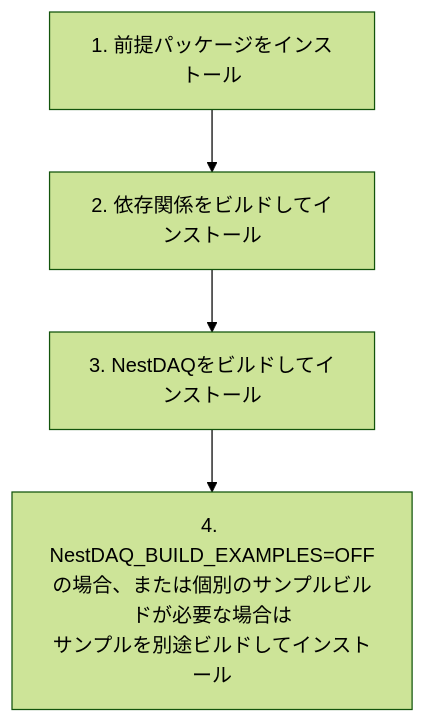
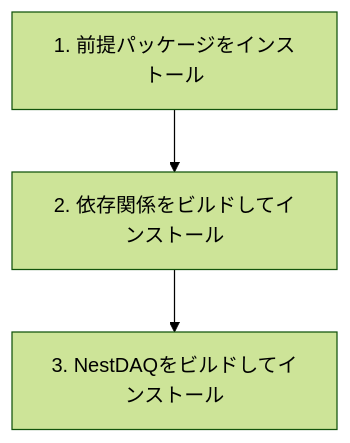
The diagram in INSTALL.ja.md (tntakahashi/nestdaq), drawn with Mermaid (forest theme) before and after one commit. The commit also changed other lines of this file and 1 other file, not shown here.

Commit message:
docs: consolidate example build instructions

````diff
--- a/INSTALL.ja.md
+++ b/INSTALL.ja.md
@@ -8,9 +8,8 @@
 ```mermaid
 flowchart TD
   Prerequisites[1. 前提パッケージをインストール]
   Dependencies[2. 依存関係をビルドしてインストール]
   NestDAQ[3. NestDAQをビルドしてインストール]
-  Examples[4. NestDAQ_BUILD_EXAMPLES=OFFの場合、または個別のサンプルビルドが必要な場合は<br/>サンプルを別途ビルドしてインストール]
 
-  Prerequisites --> Dependencies --> NestDAQ --> Examples
+  Prerequisites --> Dependencies --> NestDAQ
 ```
````
